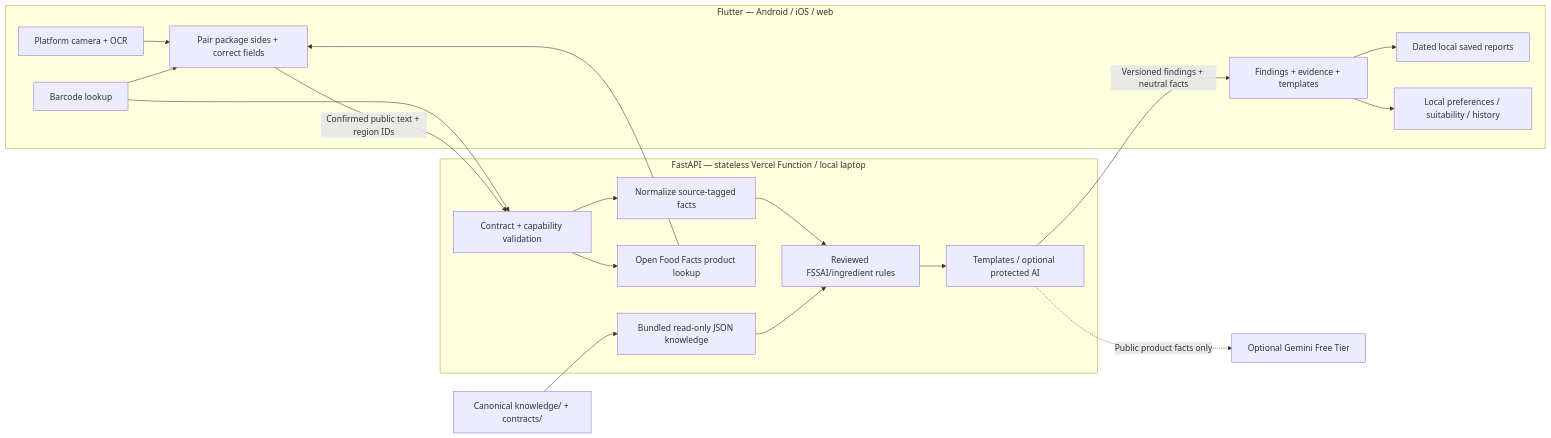
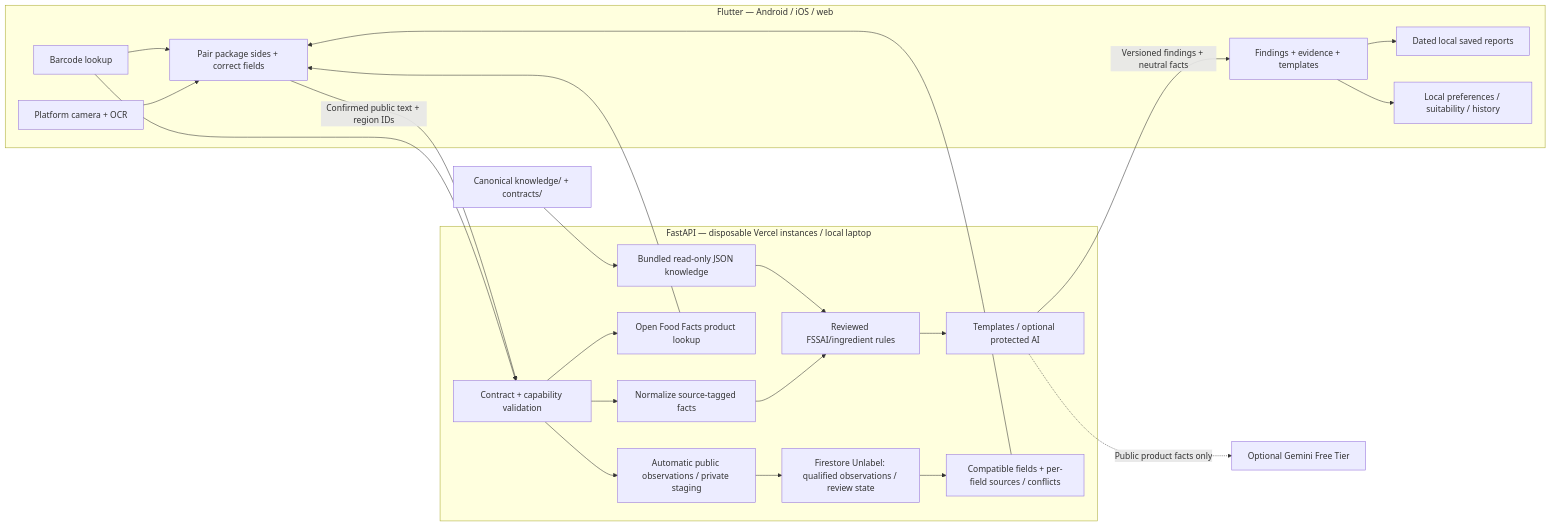
One commit to Vaibhavsh0120/Unlabel changed the diagram in docs/architecture/SYSTEM.md. Above: the diagram before and after it, drawn with Mermaid. The commit also changed other lines of this file and 83 other files, not shown here.

Commit message:
feat(backend): release v0.4.0 community product catalogue

```diff
--- a/docs/architecture/SYSTEM.md
+++ b/docs/architecture/SYSTEM.md
@@ -15,22 +22,26 @@
 ~~~mermaid
 flowchart LR
   subgraph Client["Flutter — Android / iOS / web"]
     OCR["Platform camera + OCR"] --> Review["Pair package sides + correct fields"]
     Barcode["Barcode lookup"] --> Review
     Results["Findings + evidence + templates"] --> Saved["Dated local saved reports"]
     Results --> Personal["Local preferences / suitability / history"]
   end
-  subgraph Backend["FastAPI — stateless Vercel Function / local laptop"]
+  subgraph Backend["FastAPI — disposable Vercel instances / local laptop"]
     API["Contract + capability validation"] --> Parse["Normalize source-tagged facts"]
     API --> OFF["Open Food Facts product lookup"]
     OFF --> Review
     Parse --> Rules["Reviewed FSSAI/ingredient rules"]
     Rules --> Explain["Templates / optional protected AI"]
     Evidence["Bundled read-only JSON knowledge"] --> Rules
+    API --> Community["Automatic public observations / private staging"]
+    Community --> Shared["Firestore Unlabel: qualified observations / review state"]
+    Shared --> Resolve["Compatible fields + per-field sources / conflicts"]
+    Resolve --> Review
   end
   Canonical["Canonical knowledge/ + contracts/"] --> Evidence
   Barcode --> API
   Review -->|"Confirmed public text + region IDs"| API
   Explain -->|"Versioned findings + neutral facts"| Results
   Explain -.->|"Public product facts only"| Gemini["Optional Gemini Free Tier"]
 ~~~
```
